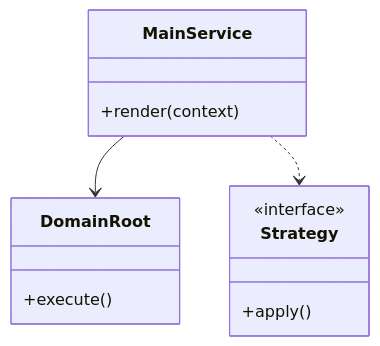
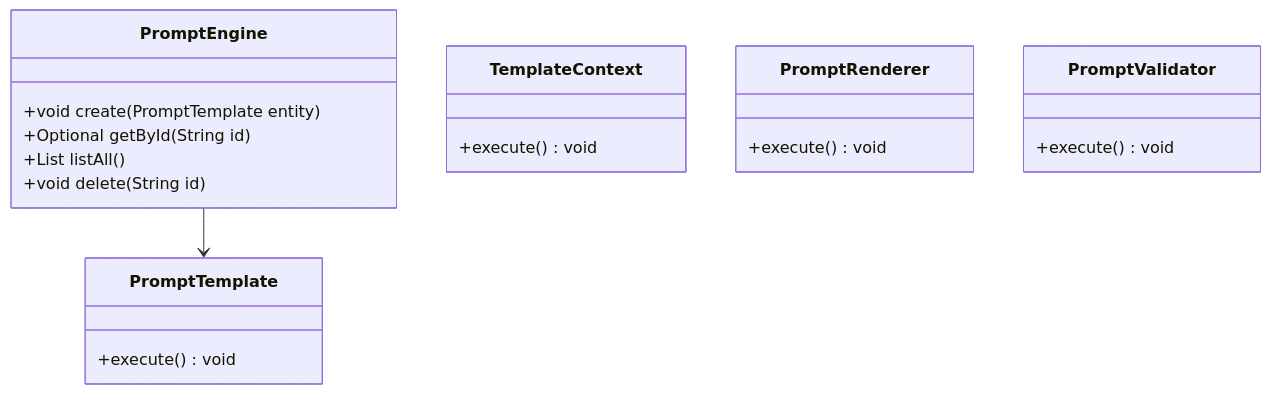
One commit to madhupaila/Interview-Prep-SSE changed the first of 3 diagrams in Learn/System Design - Low Level Design/05-genai-llm-lld/questions/Q03-prompt-template-engine.md. Above: the diagram before and after it, drawn with Mermaid. The commit also changed other lines of this file and 491 other files, not shown here.

````diff
--- a/Learn/System Design - Low Level Design/05-genai-llm-lld/questions/Q03-prompt-template-engine.md
+++ b/Learn/System Design - Low Level Design/05-genai-llm-lld/questions/Q03-prompt-template-engine.md
@@ -74,15 +93,22 @@
 ```mermaid
 classDiagram
-    class MainService {
-        +render(context)
+    class PromptEngine {
+        +void create(PromptTemplate entity)
+        +Optional<PromptTemplate> getById(String id)
+        +List<PromptTemplate> listAll()
+        +void delete(String id)
     }
-    class DomainRoot {
-        +execute()
+    class PromptTemplate {
+        +execute() void
     }
-    class Strategy {
-        <<interface>>
-        +apply()
+    class TemplateContext {
+        +execute() void
     }
-    MainService --> DomainRoot
-    MainService ..> Strategy
+    class PromptRenderer {
+        +execute() void
+    }
+    class PromptValidator {
+        +execute() void
+    }
+    PromptEngine --> PromptTemplate
 ```
````
